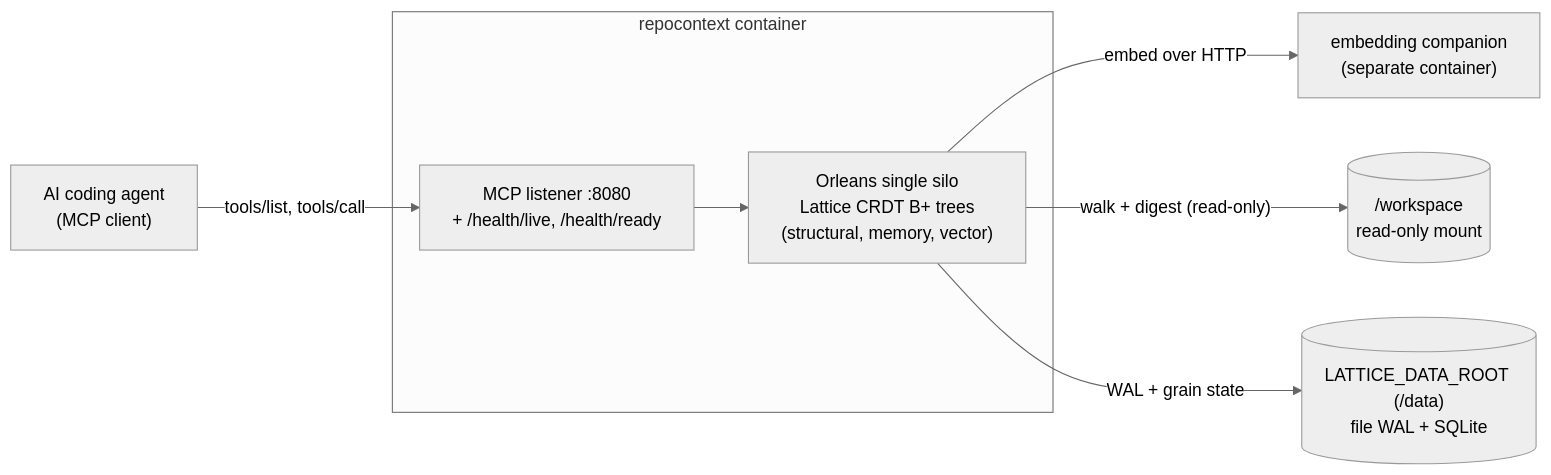
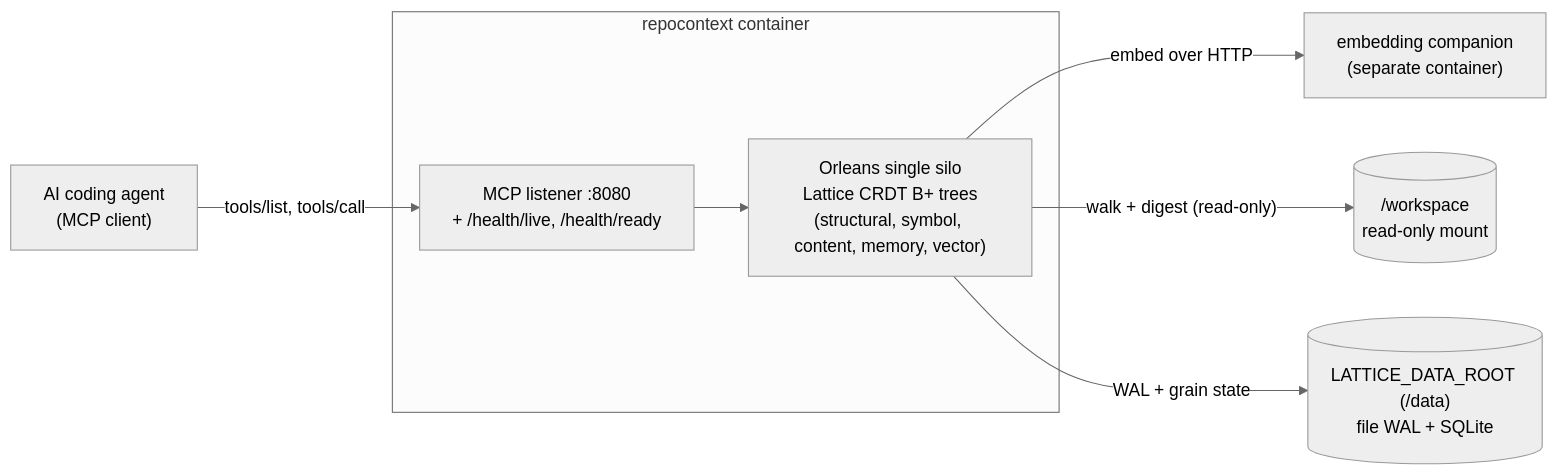
Before and after one commit to NSTA1/Orleans.Lattice: the diagram in docs/lattice.api.mcp.repocontext/container.md, drawn with Mermaid (neutral theme). The commit also changed other lines of this file and 36 other files, not shown here.

Commit message:
feat: keyword search over file content and a warm vector cache for repocontext

````diff
--- a/docs/lattice.api.mcp.repocontext/container.md
+++ b/docs/lattice.api.mcp.repocontext/container.md
@@ -9,19 +9,19 @@
 ```mermaid
 flowchart LR
     agent["AI coding agent<br/>(MCP client)"]
 
     subgraph container["repocontext container"]
         mcp["MCP listener :8080<br/>+ /health/live, /health/ready"]
-        silo["Orleans single silo<br/>Lattice CRDT B+ trees<br/>(structural, memory, vector)"]
+        silo["Orleans single silo<br/>Lattice CRDT B+ trees<br/>(structural, symbol, content, memory, vector)"]
         mcp --> silo
     end
 
     embed["embedding companion<br/>(separate container)"]
     workspace[("/workspace<br/>read-only mount")]
     data[("LATTICE_DATA_ROOT (/data)<br/>file WAL + SQLite")]
 
     agent -->|"tools/list, tools/call"| mcp
     silo -->|"embed over HTTP"| embed
     silo -->|"walk + digest (read-only)"| workspace
     silo -->|"WAL + grain state"| data
 ```
````
